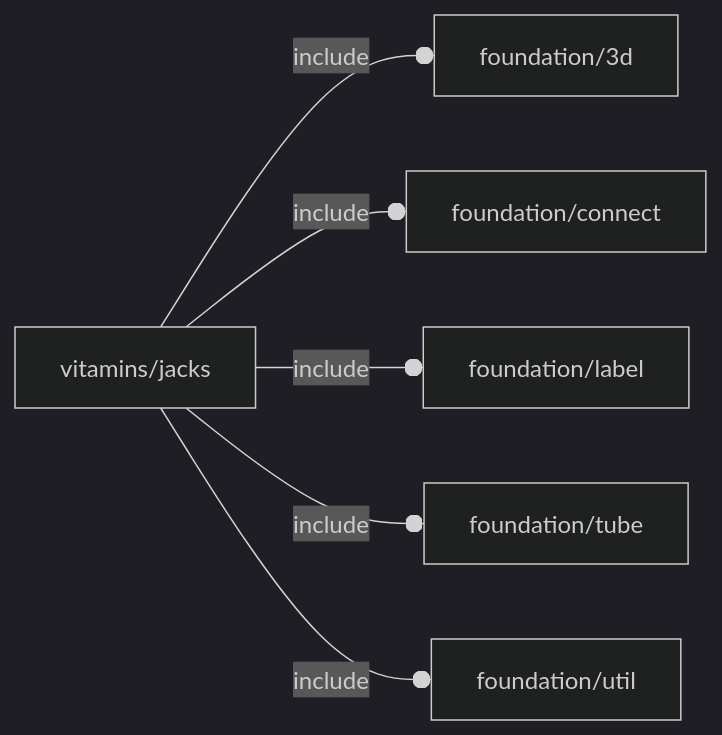
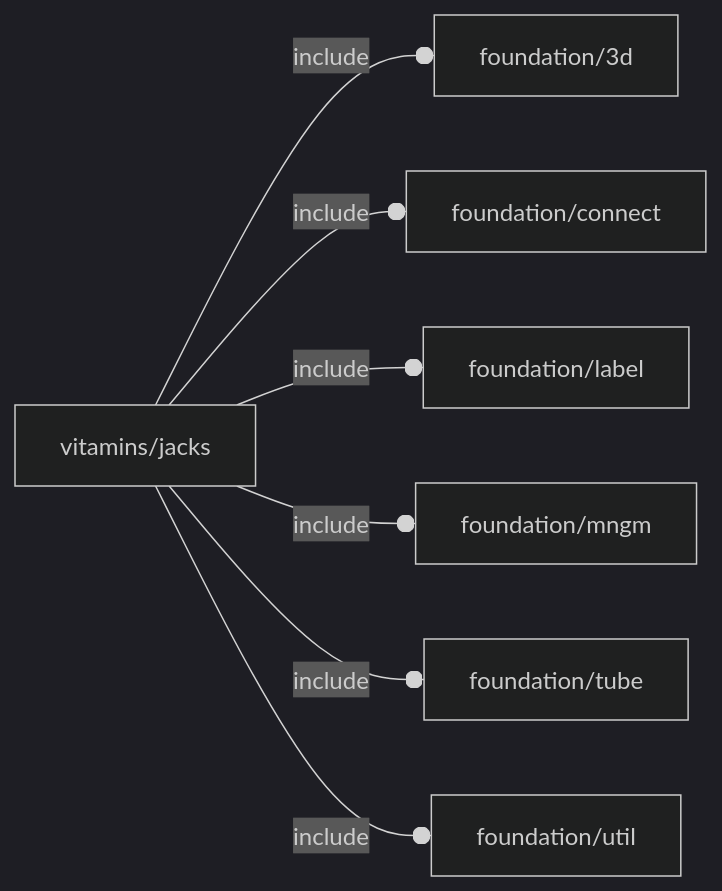
The diagram in orthodocs/vitamins/jacks.md (ggabbiani/OFL), drawn with Mermaid (dark theme) before and after one commit. The commit also changed 39 other files, not shown here.

````diff
--- a/orthodocs/vitamins/jacks.md
+++ b/orthodocs/vitamins/jacks.md
@@ -5,8 +5,9 @@
 ```mermaid
 graph LR
     A1[vitamins/jacks] --o|include| A2[foundation/3d]
     A1 --o|include| A3[foundation/connect]
     A1 --o|include| A4[foundation/label]
-    A1 --o|include| A5[foundation/tube]
-    A1 --o|include| A6[foundation/util]
+    A1 --o|include| A5[foundation/mngm]
+    A1 --o|include| A6[foundation/tube]
+    A1 --o|include| A7[foundation/util]
 ```
````
